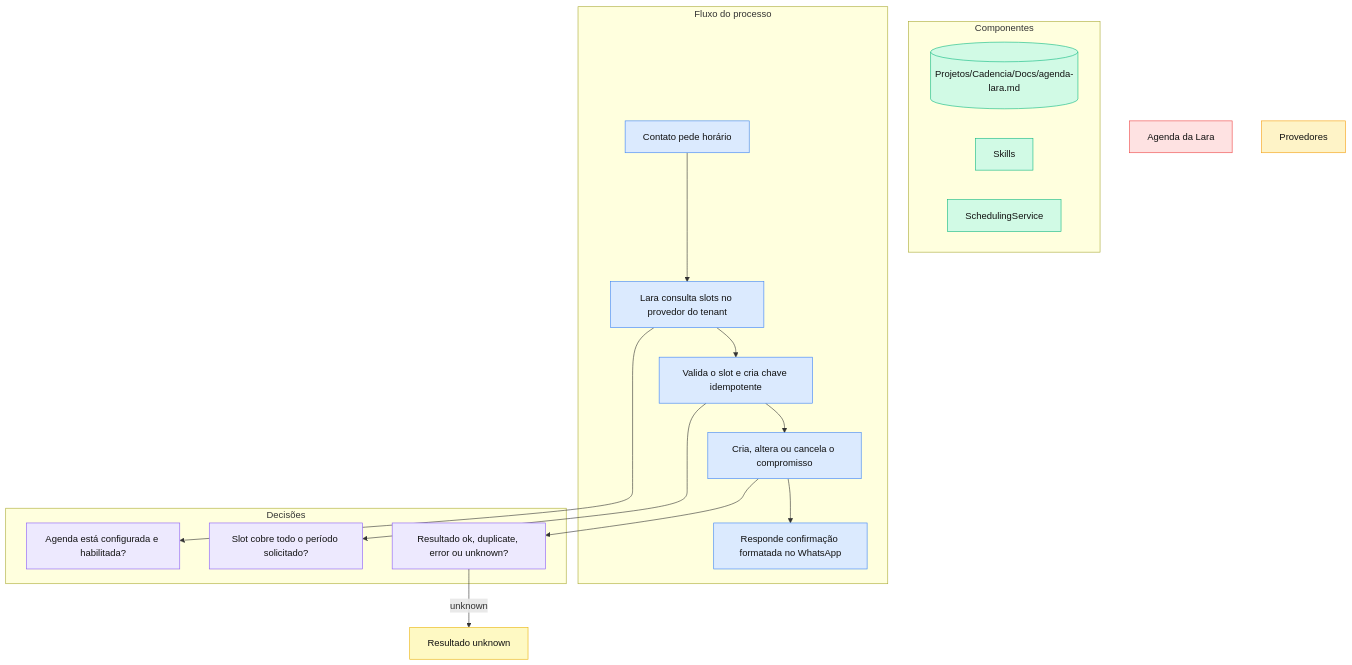
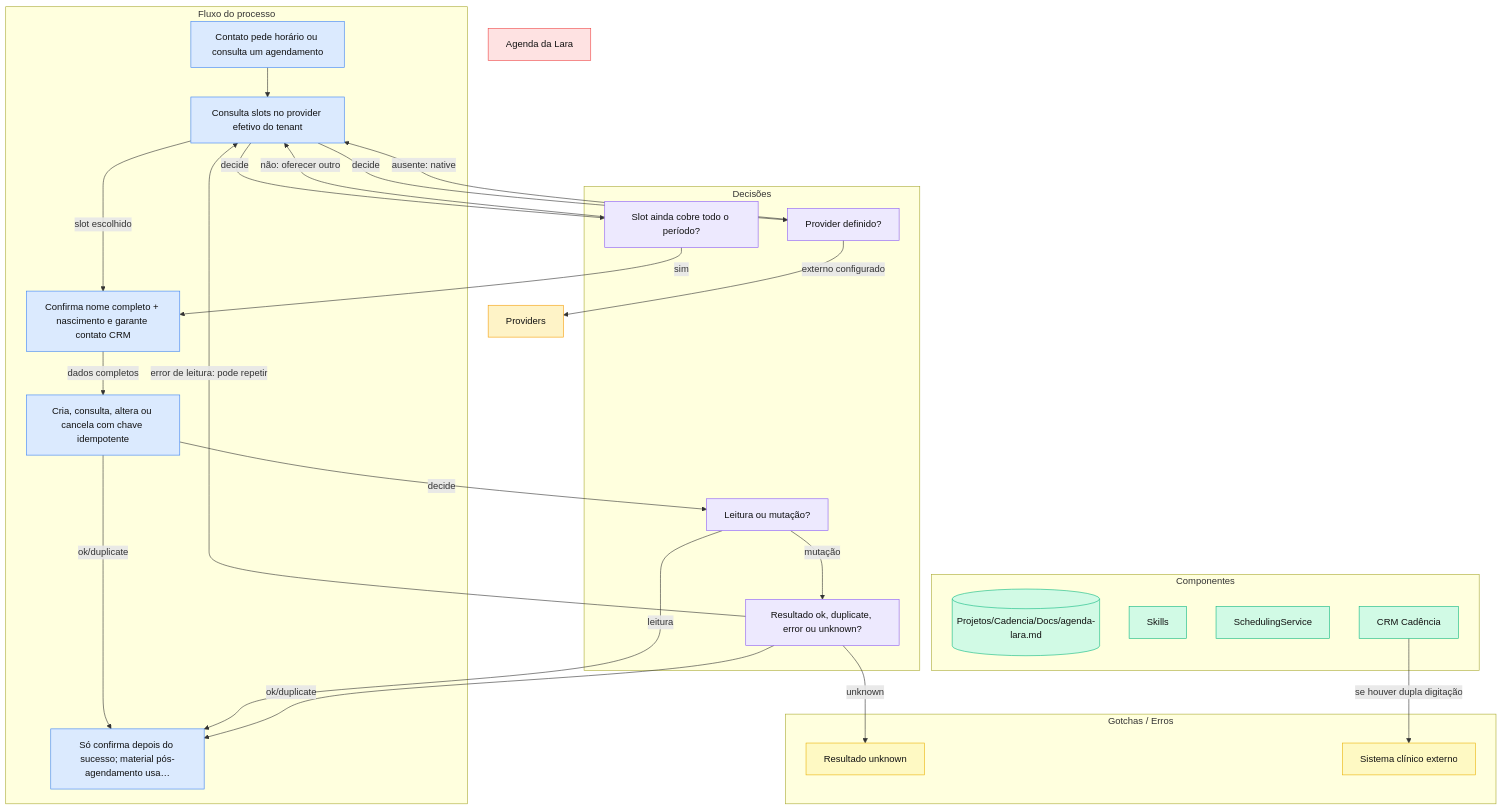
One commit to Posicionamento-Digital/cadencia-docs changed the diagram in docs/cadencia-app/agenda-lara.md. Above: the diagram before and after it, drawn with Mermaid. The commit also changed other lines of this file and 1 other file, not shown here.

Commit message:
docs(lara): atualiza agente e agenda

````diff
--- a/docs/cadencia-app/agenda-lara.md
+++ b/docs/cadencia-app/agenda-lara.md
@@ -24,48 +28,64 @@
 ```mermaid
 flowchart TD
+    classDef component fill:#D1FAE5,stroke:#10B981,color:#111
+    classDef flow fill:#DBEAFE,stroke:#3B82F6,color:#111
+    classDef decision fill:#EDE9FE,stroke:#8B5CF6,color:#111
     classDef core fill:#FEE2E2,stroke:#EF4444,color:#111
-    classDef flow fill:#DBEAFE,stroke:#3B82F6,color:#111
     classDef external fill:#FEF3C7,stroke:#F59E0B,color:#111
     classDef warning fill:#FEF9C3,stroke:#EAB308,color:#111
-    classDef component fill:#D1FAE5,stroke:#10B981,color:#111
-    classDef decision fill:#EDE9FE,stroke:#8B5CF6,color:#111
 
     subgraph SG_component["Componentes"]
         ui[("Projetos/Cadencia/Docs/agenda-lara.md")]
         skills["Skills"]
         service["SchedulingService"]
+        crm["CRM Cadência"]
     end
-    class ui,skills,service component
+    class ui,skills,service,crm component
 
     subgraph SG_flow["Fluxo do processo"]
-        request["Contato pede horário"]
-        availability["Lara consulta slots no provedor do tenant"]
-        confirm["Valida o slot e cria chave idempotente"]
-        mutate["Cria, altera ou cancela o compromisso"]
-        reply["Responde confirmação formatada no WhatsApp"]
+        request["Contato pede horário ou consulta um agendamento"]
+        availability["Consulta slots no provider efetivo do tenant"]
+        identity["Confirma nome completo + nascimento e garante contato CRM"]
+        mutate["Cria, consulta, altera ou cancela com chave idempotente"]
+        reply["Só confirma depois do sucesso; material pós-agendamento usa…"]
     end
-    class request,availability,confirm,mutate,reply flow
+    class request,availability,identity,mutate,reply flow
 
     subgraph SG_decision["Decisões"]
-        configured["Agenda está configurada e habilitada?"]
-        free["Slot cobre todo o período solicitado?"]
+        provider["Provider definido?"]
+        free["Slot ainda cobre todo o período?"]
+        operation["Leitura ou mutação?"]
         result["Resultado ok, duplicate, error ou unknown?"]
     end
-    class configured,free,result decision
+    class provider,free,operation,result decision
 
-    title["Agenda da Lara"]
+        title["Agenda da Lara"]
     class title core
-    providers["Provedores"]
+
+        providers["Providers"]
     class providers external
-    handoff["Resultado unknown"]
-    class handoff warning
+
+    subgraph SG_warning["Gotchas / Erros"]
+        handoff["Resultado unknown"]
+        manual["Sistema clínico externo"]
+    end
+    class handoff,manual warning
 
     request --> availability
-    availability --> confirm
-    confirm --> mutate
-    mutate --> reply
-    availability --> configured
-    confirm --> free
-    mutate --> result
+    availability -->|"slot escolhido"| identity
+    identity -->|"dados completos"| mutate
+    mutate -->|"ok/duplicate"| reply
+    availability -->|"decide"| provider
+    provider -->|"ausente: native"| availability
+    provider -->|"externo configurado"| providers
+    availability -->|"decide"| free
+    free -->|"sim"| identity
+    free -->|"não: oferecer outro"| availability
+    mutate -->|"decide"| operation
+    operation -->|"leitura"| reply
+    operation -->|"mutação"| result
+    result -->|"ok/duplicate"| reply
     result -->|"unknown"| handoff
+    result -->|"error de leitura: pode repetir"| availability
+    crm -->|"se houver dupla digitação"| manual
 ```
````
